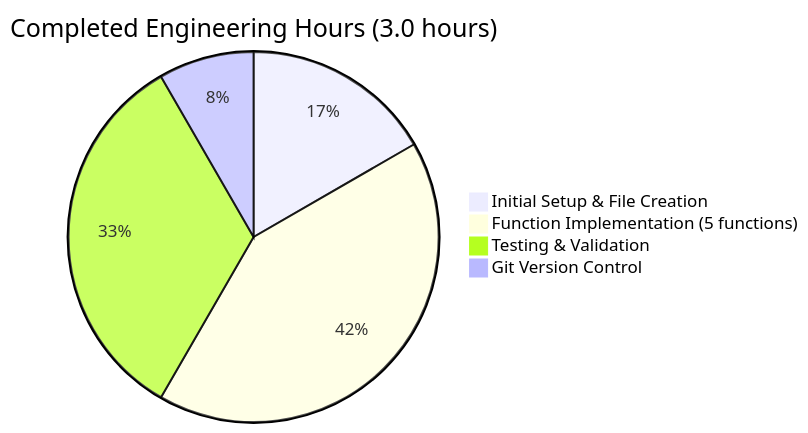
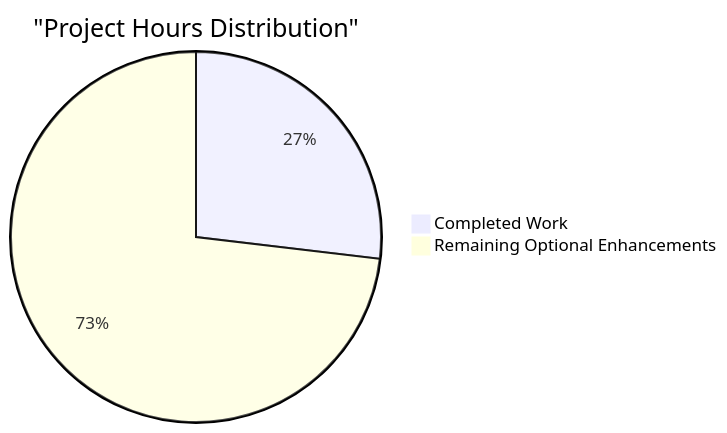
Before and after one commit to prasad-blitzy/quick-repo-3: the first of 3 diagrams in blitzy/documentation/Project Guide.md, drawn with Mermaid. The commit also changed other lines of this file, not shown here.

Commit message:
Adding Blitzy Project Guide: Project Status and Human Tasks Remaining

````diff
--- a/blitzy/documentation/Project Guide.md
+++ b/blitzy/documentation/Project Guide.md
@@ -247,7 +218,5 @@
 ```mermaid
-pie title Completed Engineering Hours (3.0 hours)
-    "Initial Setup & File Creation" : 0.5
-    "Function Implementation (5 functions)" : 1.25
-    "Testing & Validation" : 1.0
-    "Git Version Control" : 0.25
+pie title "Project Hours Distribution"
+    "Completed Work" : 6.25
+    "Remaining Optional Enhancements" : 17
 ```
````
